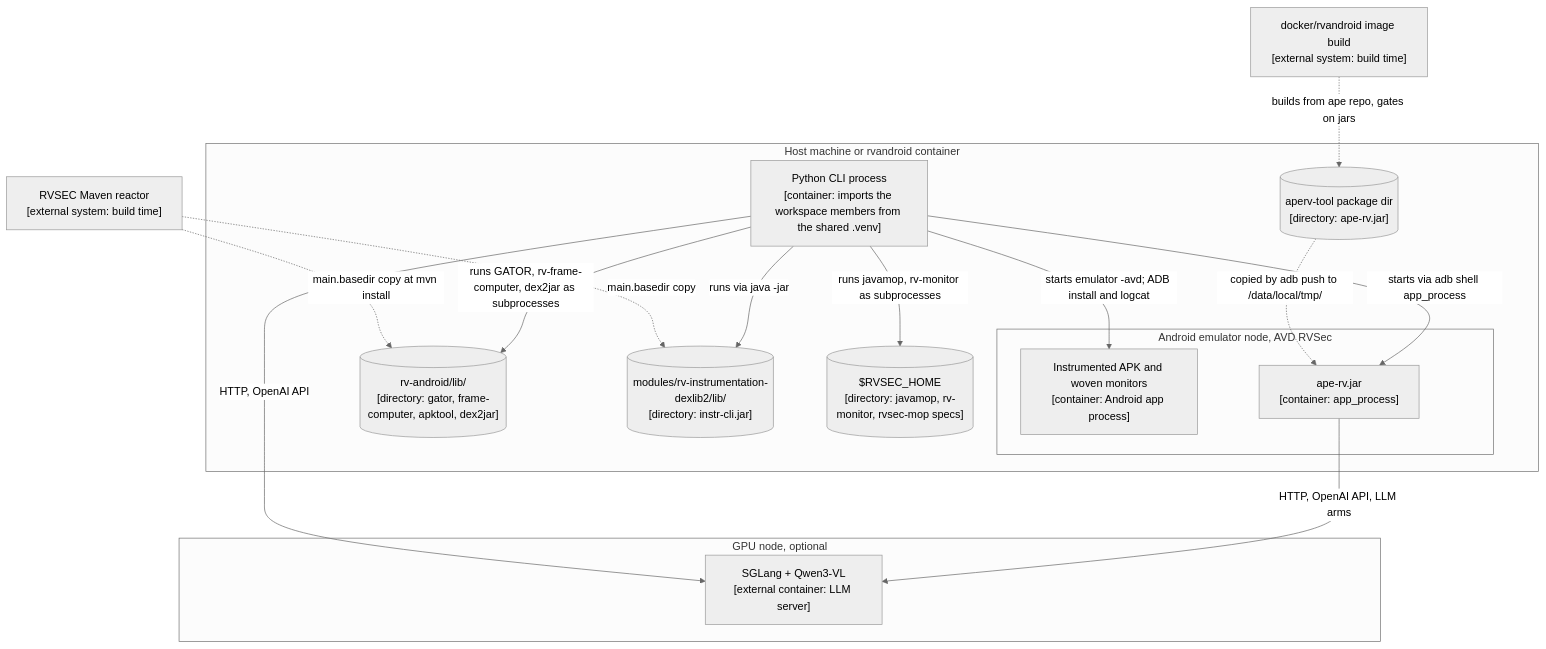
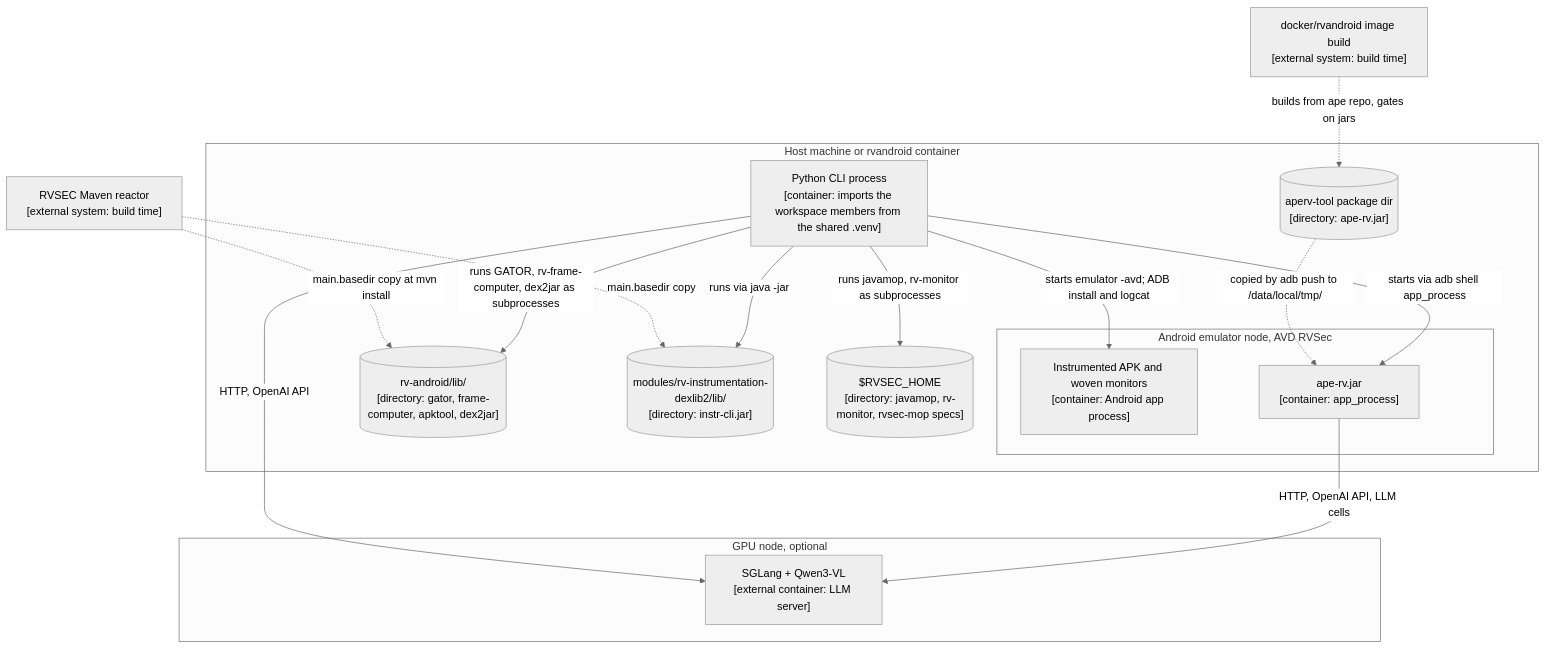
The eighth of 8 diagrams in rv-android/docs/architecture/rv-android.md (PAMunb/rvsec), drawn with Mermaid before and after one commit. The commit also changed other lines of this file, not shown here.

````diff
--- a/rv-android/docs/architecture/rv-android.md
+++ b/rv-android/docs/architecture/rv-android.md
@@ -628,34 +629,34 @@
 ```mermaid
 %%{init: {'theme': 'neutral'}}%%
 flowchart TB
     %% Source: pyproject.toml, lib/, modules/rv-instrumentation-dexlib2/lib/, modules/aperv-tool/src/aperv_tool/tools/aperv/tool.py, modules/rv-android-core/src/rv_android_core/util/android/android.py, docker/rvandroid/Dockerfile, ../pom.xml
     %% Omitted: the result and pre-processing files (shown in Diagrams 5 and 7)
     subgraph host["Host machine or rvandroid container"]
         py["Python CLI process<br/>[container: imports the workspace members from the shared .venv]"]
         libdir[("rv-android/lib/<br/>[directory: gator, frame-computer, apktool, dex2jar]")]
         dexlib[("modules/rv-instrumentation-dexlib2/lib/<br/>[directory: instr-cli.jar]")]
         apejar[("aperv-tool package dir<br/>[directory: ape-rv.jar]")]
         jt[("$RVSEC_HOME<br/>[directory: javamop, rv-monitor, rvsec-mop specs]")]
         subgraph emunode["Android emulator node, AVD RVSec"]
             apk["Instrumented APK and woven monitors<br/>[container: Android app process]"]
             aperv["ape-rv.jar<br/>[container: app_process]"]
         end
     end
     subgraph gpu["GPU node, optional"]
         sg["SGLang + Qwen3-VL<br/>[external container: LLM server]"]
     end
     maven["RVSEC Maven reactor<br/>[external system: build time]"]
     image["docker/rvandroid image build<br/>[external system: build time]"]
 
     maven -.->|"main.basedir copy at mvn install"| libdir
     maven -.->|"main.basedir copy"| dexlib
     image -.->|"builds from ape repo, gates on jars"| apejar
     py -->|"runs javamop, rv-monitor as subprocesses"| jt
     py -->|"runs GATOR, rv-frame-computer, dex2jar as subprocesses"| libdir
     py -->|"runs via java -jar"| dexlib
     py -->|"starts emulator -avd; ADB install and logcat"| apk
     apejar -.->|"copied by adb push to /data/local/tmp/"| aperv
     py -->|"starts via adb shell app_process"| aperv
     py -->|"HTTP, OpenAI API"| sg
-    aperv -->|"HTTP, OpenAI API, LLM arms"| sg
+    aperv -->|"HTTP, OpenAI API, LLM cells"| sg
 ```
````
